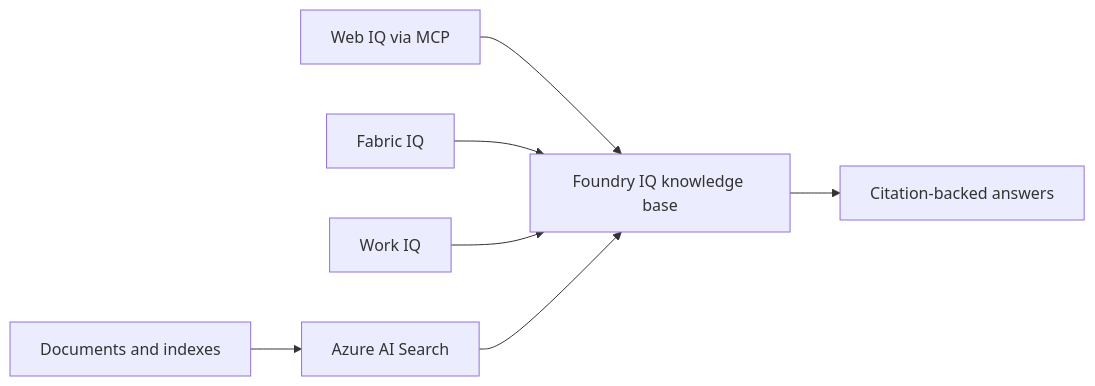
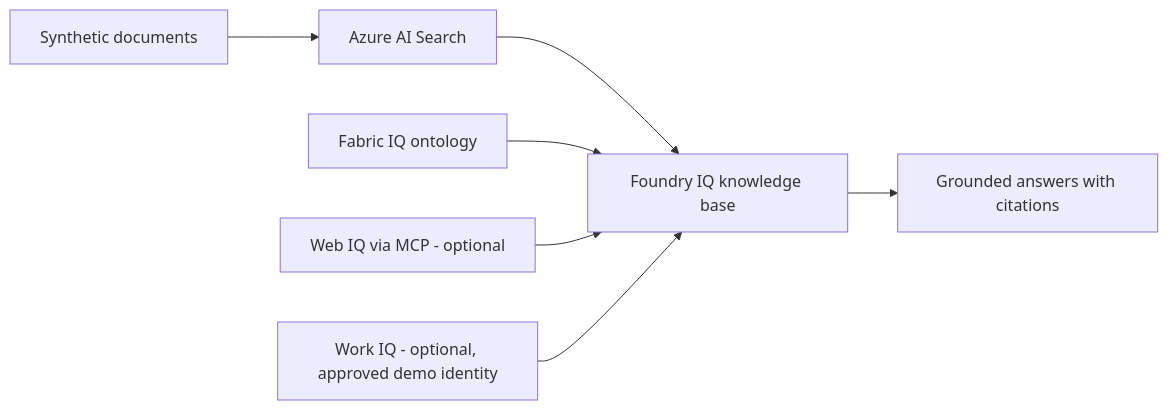
Before and after one commit to msftaustin/fabric-iq-foundry-iq-agent-ready-knowledge: the diagram in README.md, drawn with Mermaid. The commit also changed other lines of this file and 36 other files, not shown here.

````diff
--- a/README.md
+++ b/README.md
@@ -47,9 +38,9 @@
 ```mermaid
 flowchart LR
-    A[Documents and indexes] --> B[Azure AI Search]
-    C[Web IQ via MCP] --> F[Foundry IQ knowledge base]
-    D[Fabric IQ] --> F
-    E[Work IQ] --> F
-    B --> F
-    F --> G[Citation-backed answers]
+    A[Synthetic documents] --> B[Azure AI Search]
+    B --> E[Foundry IQ knowledge base]
+    C[Fabric IQ ontology] --> E
+    D[Web IQ via MCP - optional] --> E
+    F[Work IQ - optional, approved demo identity] --> E
+    E --> G[Grounded answers with citations]
 ```
````
